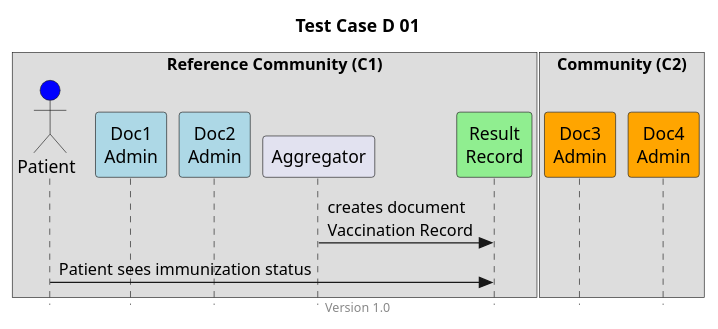
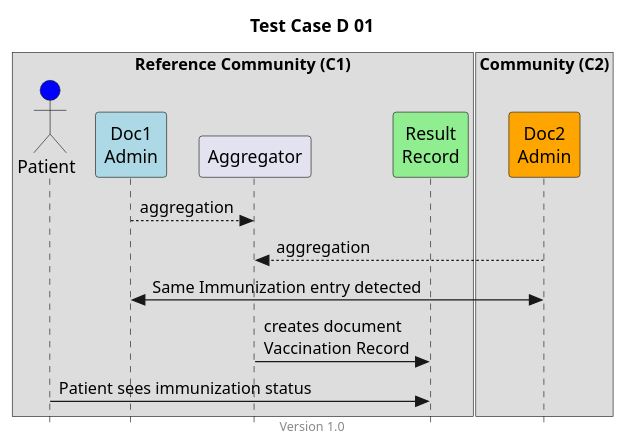
Before and after one commit to hl7ch/ch-vacd: the diagram in input/images-source/TCD01.plantuml, drawn with PlantUML. The commit also changed 19 other files, not shown here.

```diff
--- a/input/images-source/TCD01.plantuml
+++ b/input/images-source/TCD01.plantuml
@@ -1,26 +1,28 @@
 @startuml
 title Test Case D 01
 footer Version 1.0
 skinparam responseMessageBelowArrow true
 skinparam style strictuml
 scale max 800 width
 
 box "Reference Community (C1)"
 actor "Patient" as PAT #blue
 participant "Doc1\nAdmin" as Doc1 #lightblue
-participant "Doc2\nAdmin" as Doc2 #lightblue
 participant Aggregator as AGG
 participant "Result\nRecord" as RES #lightgreen
 end box
 
 box "Community (C2)"
-participant "Doc3\nAdmin" as Doc3 #orange
-participant "Doc4\nAdmin" as Doc4 #orange
+participant "Doc2\nAdmin" as Doc2 #orange
 end box
 
+Doc1 --> AGG: aggregation
+Doc2 --> AGG: aggregation
+
+Doc1 <-> Doc2: Same Immunization entry detected
 
 AGG -> RES: creates document\nVaccination Record 
 PAT -> RES: Patient sees immunization status
 
 
 @enduml
```
